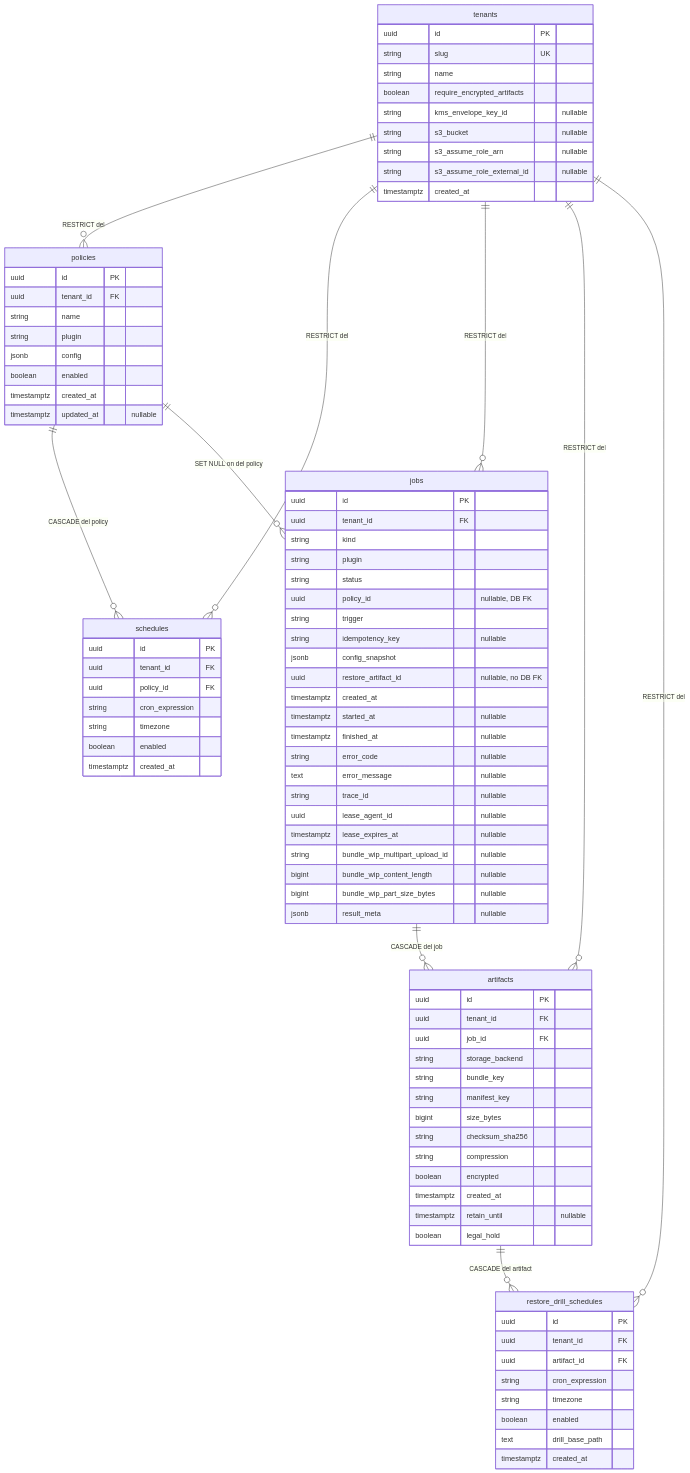
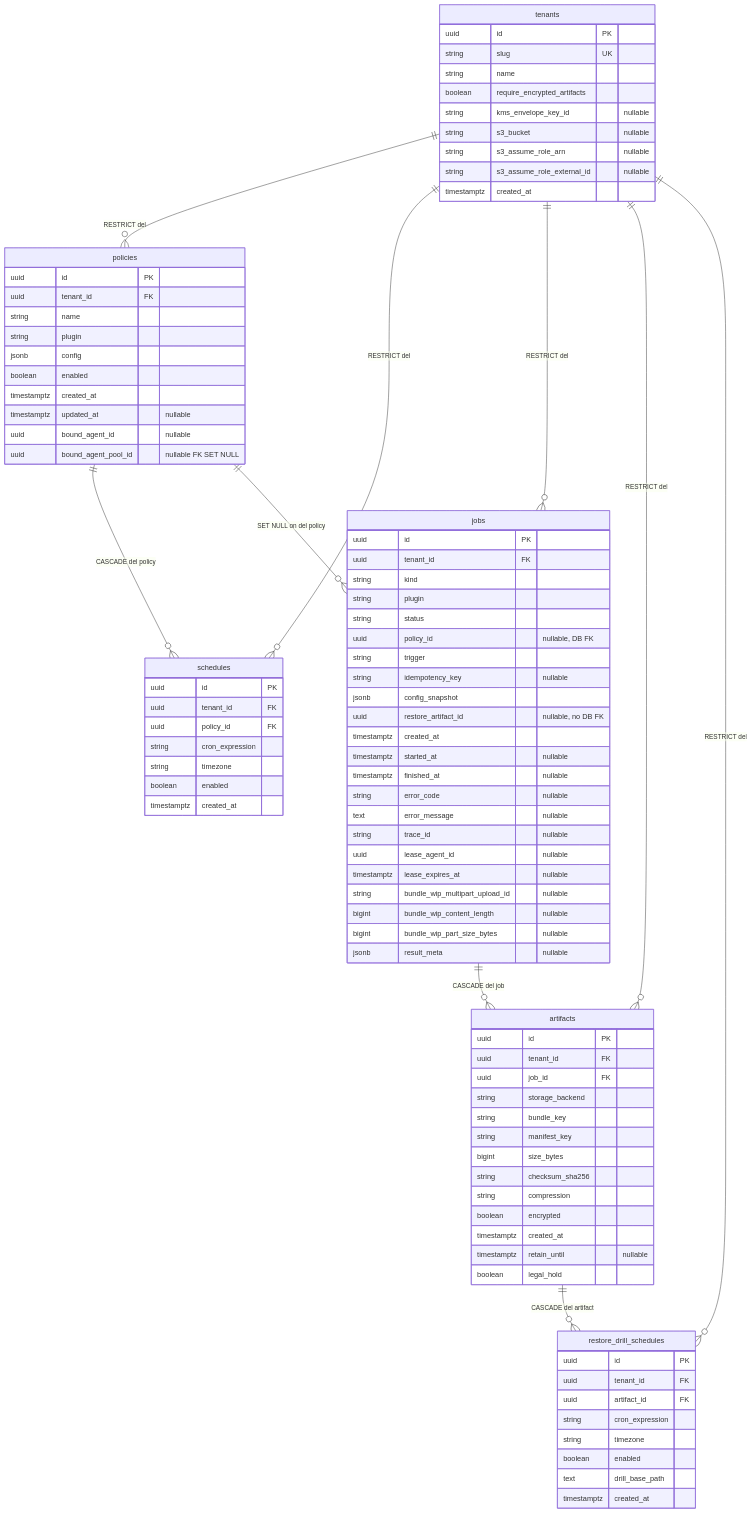
Before and after one commit to skyline93/devault: the first of 2 diagrams in website/docs/engineering/control-plane-database-er.md, drawn with Mermaid. The commit also changed other lines of this file and 74 other files, not shown here.

```diff
--- a/website/docs/engineering/control-plane-database-er.md
+++ b/website/docs/engineering/control-plane-database-er.md
@@ -38,6 +38,8 @@
         boolean enabled
         timestamptz created_at
         timestamptz updated_at "nullable"
+        uuid bound_agent_id "nullable"
+        uuid bound_agent_pool_id "nullable FK SET NULL"
     }
 
     schedules {
```
